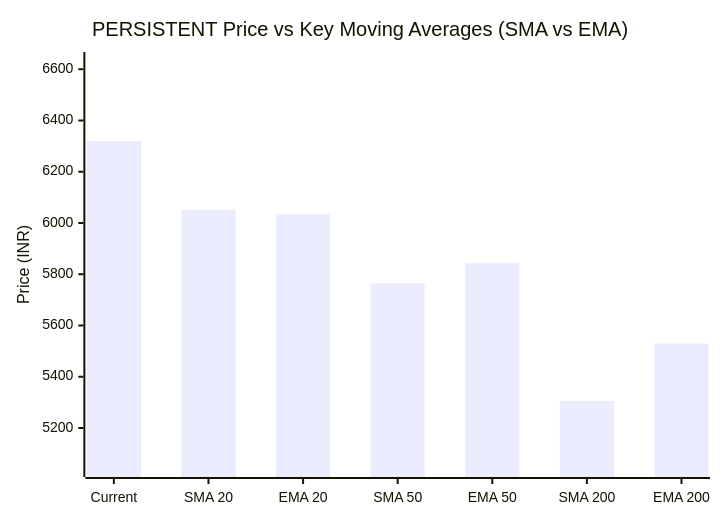
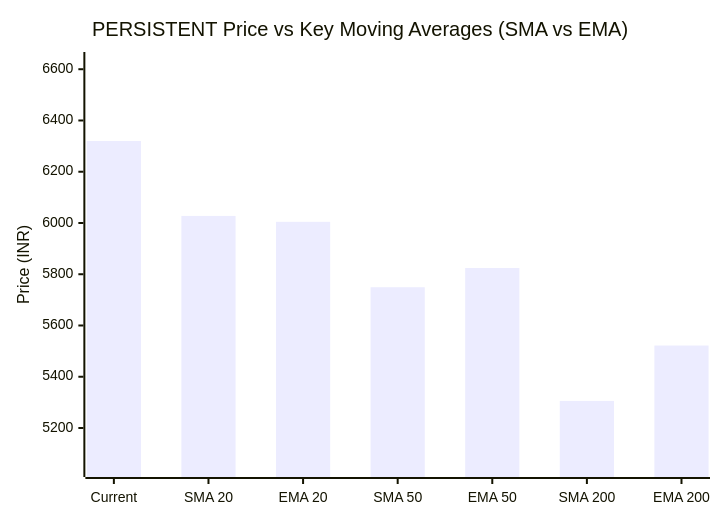
One commit to purnareddy9/dev changed the third of 3 diagrams in market-intelligence/stocks/PERSISTENT/latest.md. Above: the diagram before and after it, drawn with Mermaid. The commit also changed other lines of this file and 3 other files, not shown here.

````diff
--- a/market-intelligence/stocks/PERSISTENT/latest.md
+++ b/market-intelligence/stocks/PERSISTENT/latest.md
@@ -104,7 +104,7 @@
 ```mermaid
 xychart-beta
     title "PERSISTENT Price vs Key Moving Averages (SMA vs EMA)"
     x-axis ["Current", "SMA 20", "EMA 20", "SMA 50", "EMA 50", "SMA 200", "EMA 200"]
     y-axis "Price (INR)" 5040 --> 6636
-    bar [6320.0, 6051.18, 6034.55, 5765.35, 5843.87, 5305.88, 5529.73]
+    bar [6320.0, 6027.57, 6004.5, 5749.27, 5824.44, 5305.67, 5521.79]
 ```
````
